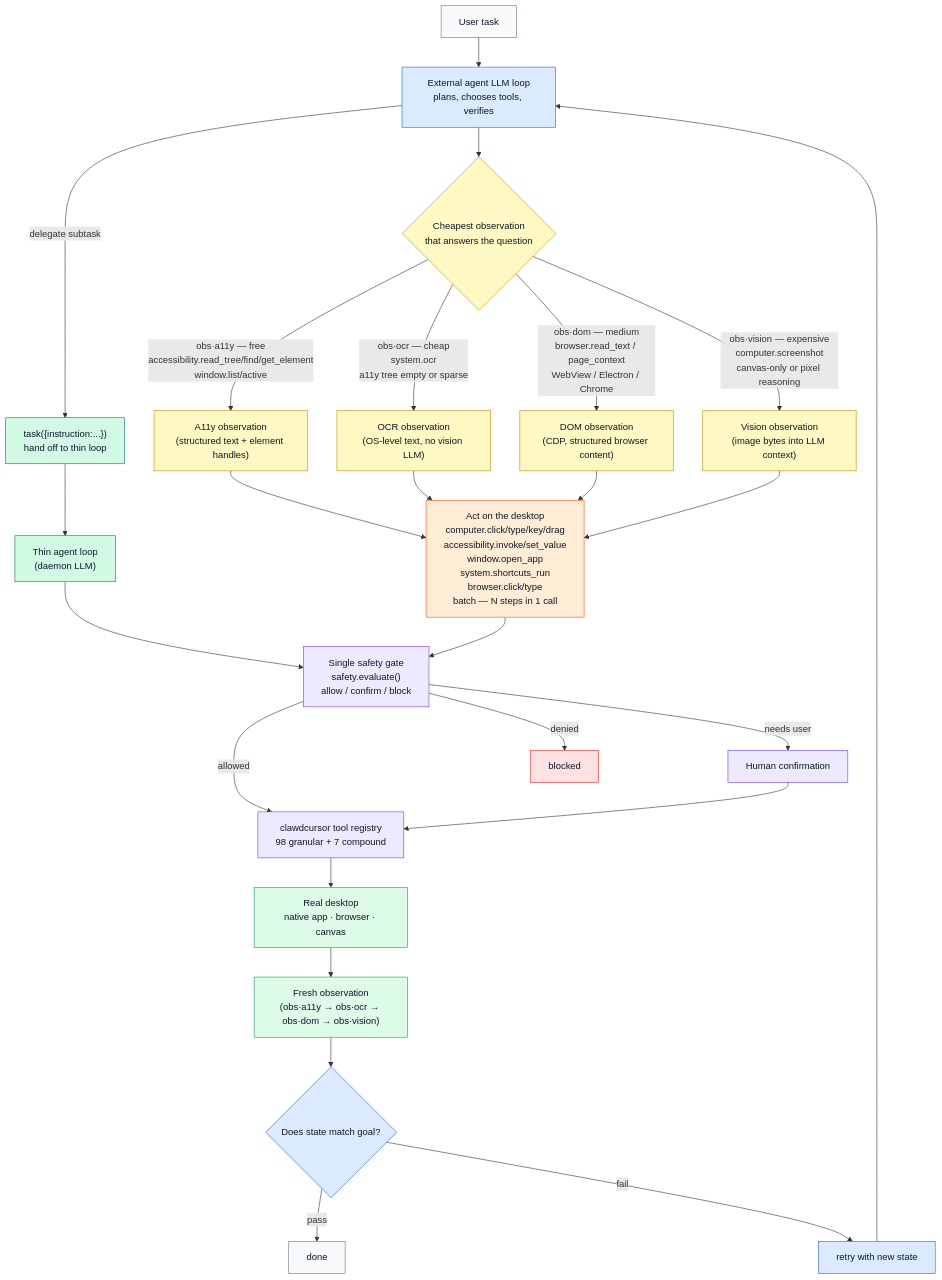
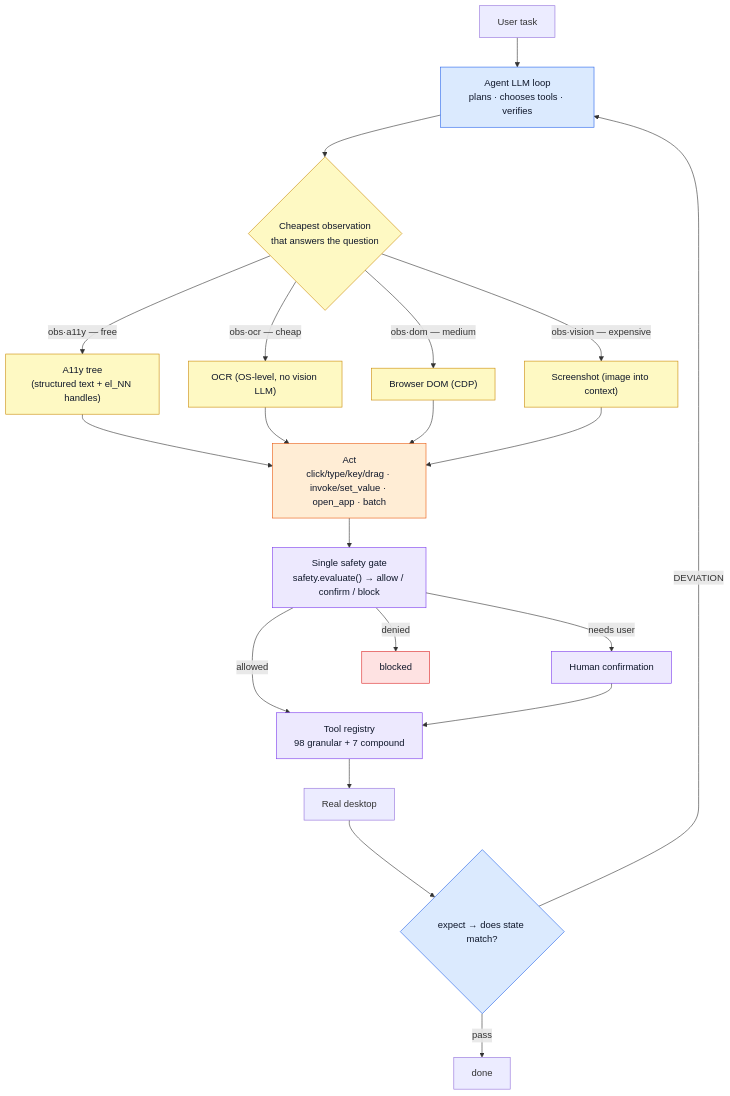
One commit to AmrDab/clawd-cursor changed the diagram in README.md. Above: the diagram before and after it, drawn with Mermaid. The commit also changed other lines of this file and 1 other file, not shown here.

````diff
--- a/README.md
+++ b/README.md
@@ -211,51 +158,36 @@
 ```mermaid
 flowchart TB
-    task["User task"] --> loop["External agent LLM loop<br/>plans, chooses tools, verifies"]
+    task["User task"] --> loop["Agent LLM loop<br/>plans · chooses tools · verifies"]
     loop --> observe{"Cheapest observation<br/>that answers the question"}
 
-    observe -- "obs·a11y — free<br/>accessibility.read_tree/find/get_element<br/>window.list/active" --> a11y["A11y observation<br/>(structured text + element handles)"]
-    observe -- "obs·ocr — cheap<br/>system.ocr<br/>a11y tree empty or sparse" --> ocr["OCR observation<br/>(OS-level text, no vision LLM)"]
-    observe -- "obs·dom — medium<br/>browser.read_text / page_context<br/>WebView / Electron / Chrome" --> dom["DOM observation<br/>(CDP, structured browser content)"]
-    observe -- "obs·vision — expensive<br/>computer.screenshot<br/>canvas-only or pixel reasoning" --> vision["Vision observation<br/>(image bytes into LLM context)"]
+    observe -- "obs·a11y — free" --> a11y["A11y tree<br/>(structured text + el_NN handles)"]
+    observe -- "obs·ocr — cheap" --> ocr["OCR (OS-level, no vision LLM)"]
+    observe -- "obs·dom — medium" --> dom["Browser DOM (CDP)"]
+    observe -- "obs·vision — expensive" --> vision["Screenshot (image into context)"]
 
     a11y --> act
     ocr --> act
     dom --> act
     vision --> act
 
-    loop -- "delegate subtask" --> handoff["task({instruction:...})<br/>hand off to thin loop"]
-    handoff --> thinloop["Thin agent loop<br/>(daemon LLM)"]
-    thinloop --> safety
-
-    act["Act on the desktop<br/>computer.click/type/key/drag<br/>accessibility.invoke/set_value<br/>window.open_app<br/>system.shortcuts_run<br/>browser.click/type<br/>batch — N steps in 1 call"] --> safety
-
-    safety["Single safety gate<br/>safety.evaluate()<br/>allow / confirm / block"] -- allowed --> tools["clawdcursor tool registry<br/>98 granular + 7 compound"]
+    act["Act<br/>click/type/key/drag · invoke/set_value · open_app · batch"] --> safety
+    safety["Single safety gate<br/>safety.evaluate() → allow / confirm / block"] -- allowed --> tools["Tool registry<br/>98 granular + 7 compound"]
     safety -- needs user --> confirm["Human confirmation"] --> tools
     safety -- denied --> blocked["blocked"]
 
-    tools --> desktop["Real desktop<br/>native app · browser · canvas"]
-    desktop --> freshobs["Fresh observation<br/>(obs·a11y → obs·ocr → obs·dom → obs·vision)"]
-    freshobs --> verify{"Does state match goal?"}
+    tools --> desktop["Real desktop"]
+    desktop --> verify{"expect → does state match?"}
+    verify -- pass --> done["done"]
+    verify -- "DEVIATION" --> loop
 
-    verify -- pass --> done["done"]
-    verify -- fail --> retry["retry with new state"]
-    retry --> loop
-
-    classDef input fill:#f8fafc,stroke:#64748b,color:#0f172a;
     classDef agentNode fill:#dbeafe,stroke:#2563eb,color:#0f172a;
     classDef gate fill:#ede9fe,stroke:#7c3aed,color:#0f172a;
-    classDef desktopNode fill:#dcfce7,stroke:#16a34a,color:#0f172a;
     classDef obsNode fill:#fef9c3,stroke:#ca8a04,color:#0f172a;
     classDef actNode fill:#ffedd5,stroke:#ea580c,color:#0f172a;
-    classDef handoffNode fill:#d1fae5,stroke:#047857,color:#0f172a;
     classDef stop fill:#fee2e2,stroke:#dc2626,color:#0f172a;
-
-    class task,done input;
-    class loop,verify,retry agentNode;
+    class loop,verify agentNode;
     class safety,confirm,tools gate;
-    class desktop,freshobs desktopNode;
     class observe,a11y,ocr,dom,vision obsNode;
     class act actNode;
-    class handoff,thinloop handoffNode;
     class blocked stop;
 ```
````
